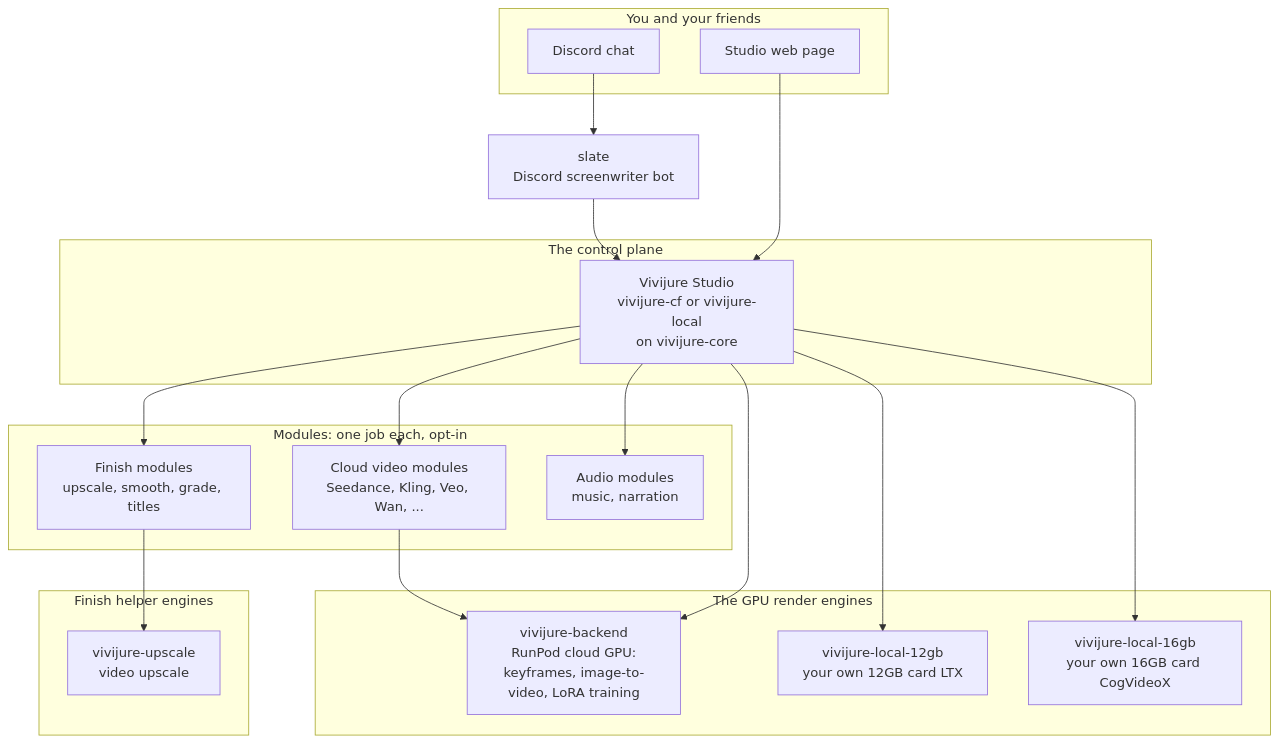
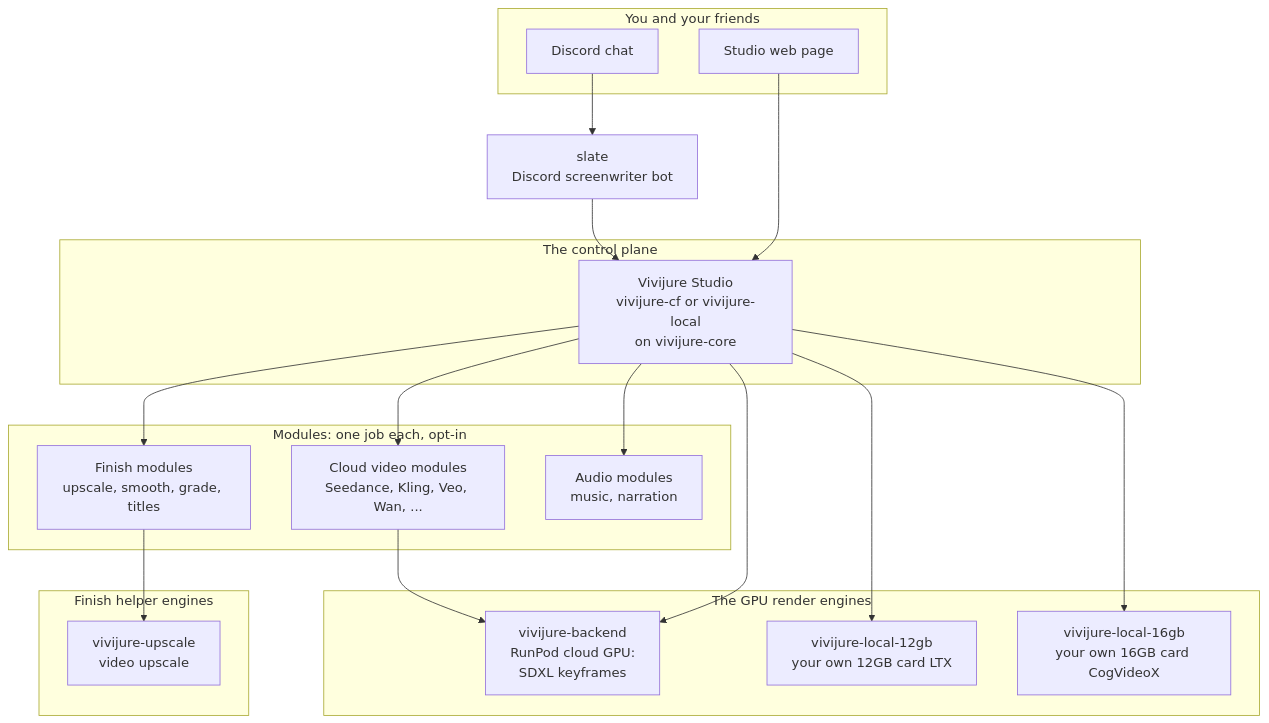
One commit to skyphusion-labs/vivijure-cf changed the diagram in docs/constellation.md. Above: the diagram before and after it, drawn with Mermaid. The commit also changed other lines of this file and 7 other files, not shown here.

````diff
--- a/docs/constellation.md
+++ b/docs/constellation.md
@@ -18,41 +18,41 @@
 ```mermaid
 flowchart TD
     subgraph front[You and your friends]
         discord[Discord chat]
         ui[Studio web page]
     end
 
     slate[slate<br/>Discord screenwriter bot]
 
     subgraph core[The control plane]
         studio[Vivijure Studio<br/>vivijure-cf or vivijure-local<br/>on vivijure-core]
     end
 
     subgraph modules[Modules: one job each, opt-in]
         cloudmods[Cloud video modules<br/>Seedance, Kling, Veo, Wan, ...]
         finishmods[Finish modules<br/>upscale, smooth, grade, titles]
         audiomods[Audio modules<br/>music, narration]
     end
 
     subgraph gpu[The GPU render engines]
-        backend[vivijure-backend<br/>RunPod cloud GPU:<br/>keyframes, image-to-video, LoRA training]
+        backend[vivijure-backend<br/>RunPod cloud GPU:<br/>SDXL keyframes]
         local12[vivijure-local-12gb<br/>your own 12GB card LTX]
         local16[vivijure-local-16gb<br/>your own 16GB card CogVideoX]
     end
 
     subgraph finish[Finish helper engines]
         upscale[vivijure-upscale<br/>video upscale]
     end
 
     discord --> slate
     slate --> studio
     ui --> studio
     studio --> cloudmods
     studio --> finishmods
     studio --> audiomods
     cloudmods --> backend
     finishmods --> upscale
     studio --> backend
     studio --> local12
     studio --> local16
 ```
````
